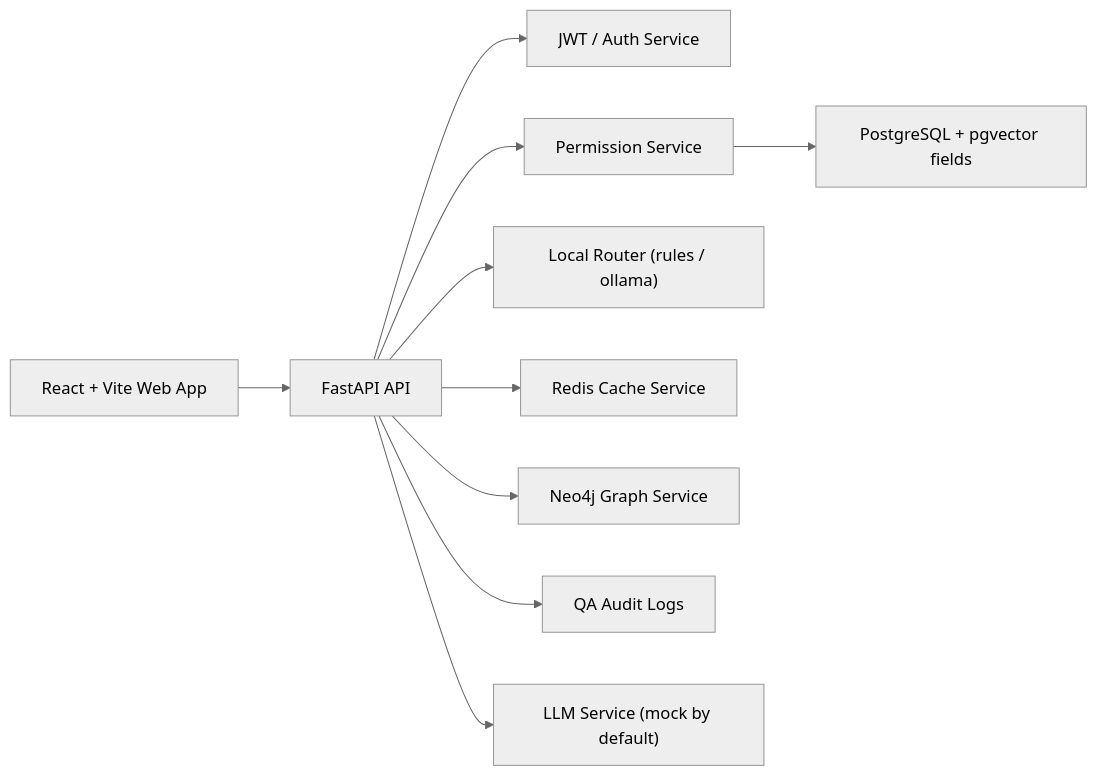
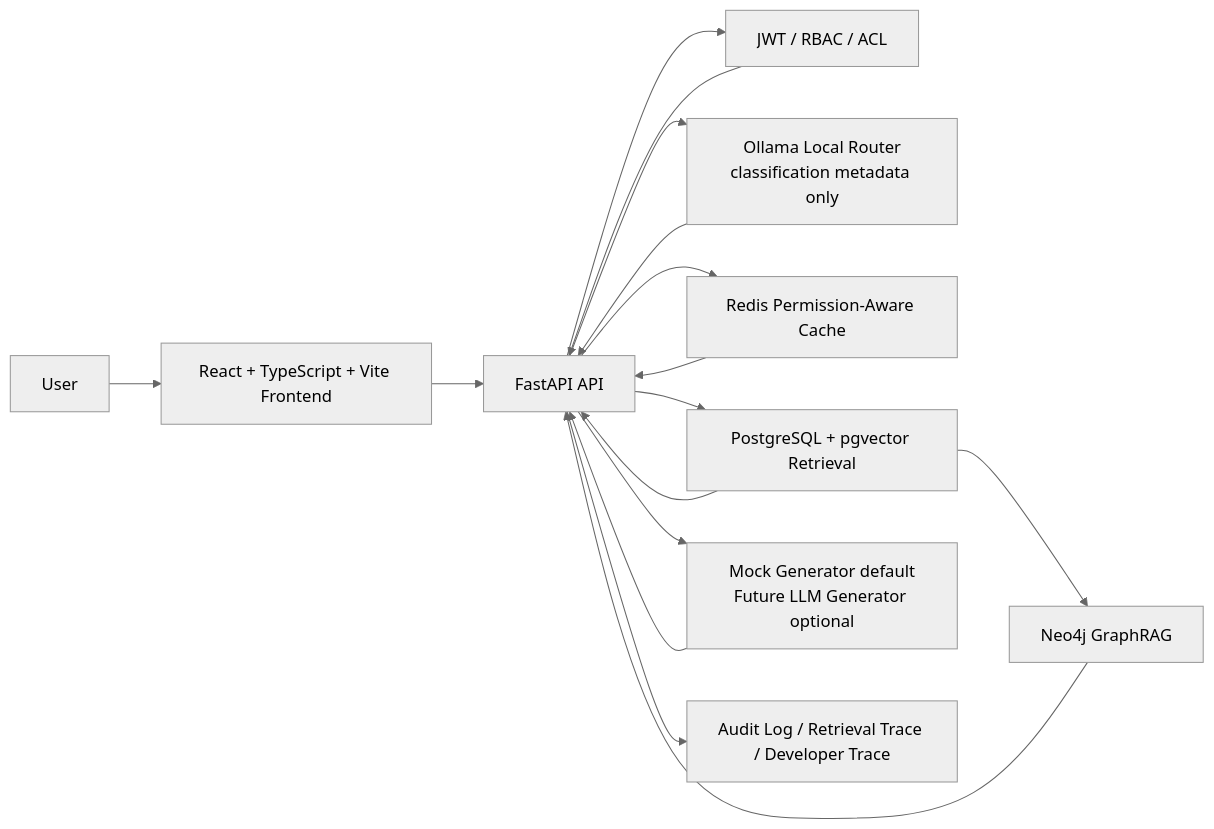
The diagram in README.md (jimzhou03/permission-aware-enterprise-graphrag), drawn with Mermaid (neutral theme) before and after one commit. The commit also changed other lines of this file and 1 other file, not shown here.

Commit message:
docs: polish GitHub presentation for enterprise GraphRAG project

````diff
--- a/README.md
+++ b/README.md
@@ -24,12 +36,22 @@
 ```mermaid
 flowchart LR
-    Web["React + Vite Web App"] --> API["FastAPI API"]
-    API --> Auth["JWT / Auth Service"]
-    API --> Perm["Permission Service"]
-    Perm --> PG["PostgreSQL + pgvector fields"]
-    API --> Router["Local Router (rules / ollama)"]
-    API --> Cache["Redis Cache Service"]
-    API --> Graph["Neo4j Graph Service"]
-    API --> Audit["QA Audit Logs"]
-    API --> LLM["LLM Service (mock by default)"]
+    U[User] --> FE[React + TypeScript + Vite Frontend]
+    FE --> API[FastAPI API]
+
+    API --> AUTH[JWT / RBAC / ACL]
+    API --> ROUTER[Ollama Local Router\nclassification metadata only]
+    API --> CACHE[Redis Permission-Aware Cache]
+    API --> RETRIEVAL[PostgreSQL + pgvector Retrieval]
+    RETRIEVAL --> GRAPH[Neo4j GraphRAG]
+
+    API --> GEN[Mock Generator default\nFuture LLM Generator optional]
+
+    API --> TRACE[Audit Log / Retrieval Trace / Developer Trace]
+
+    AUTH --> API
+    ROUTER --> API
+    CACHE --> API
+    RETRIEVAL --> API
+    GRAPH --> API
+    GEN --> API
 ```
````
